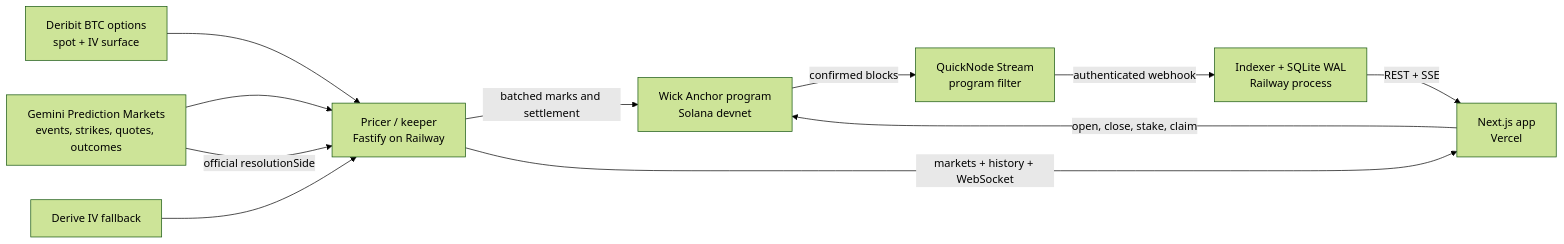
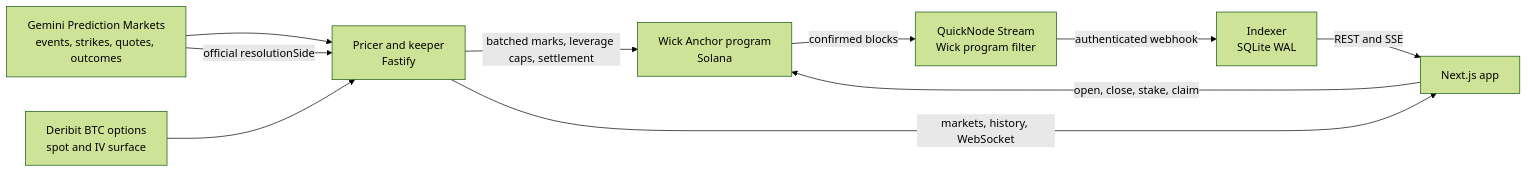
The diagram in README.md (alycz/wick), drawn with Mermaid (forest theme) before and after one commit. The commit also changed other lines of this file and 9 other files, not shown here.

````diff
--- a/README.md
+++ b/README.md
@@ -39,13 +47,12 @@
 ```mermaid
 flowchart LR
-  Gemini[Gemini Prediction Markets<br/>events, strikes, quotes, outcomes] --> Pricer[Pricer / keeper<br/>Fastify on Railway]
-  Deribit[Deribit BTC options<br/>spot + IV surface] --> Pricer
-  Derive[Derive IV fallback] --> Pricer
-  Pricer -->|batched marks and settlement| Program[Wick Anchor program<br/>Solana devnet]
-  App[Next.js app<br/>Vercel] -->|open, close, stake, claim| Program
-  Program -->|confirmed blocks| Streams[QuickNode Stream<br/>program filter]
-  Streams -->|authenticated webhook| Indexer[Indexer + SQLite WAL<br/>Railway process]
-  Indexer -->|REST + SSE| App
-  Pricer -->|markets + history + WebSocket| App
+  Gemini[Gemini Prediction Markets<br/>events, strikes, quotes, outcomes] --> Pricer[Pricer and keeper<br/>Fastify]
+  Deribit[Deribit BTC options<br/>spot and IV surface] --> Pricer
+  Pricer -->|batched marks, leverage caps, settlement| Program[Wick Anchor program<br/>Solana]
+  App[Next.js app] -->|open, close, stake, claim| Program
+  Program -->|confirmed blocks| Streams[QuickNode Stream<br/>Wick program filter]
+  Streams -->|authenticated webhook| Indexer[Indexer<br/>SQLite WAL]
+  Indexer -->|REST and SSE| App
+  Pricer -->|markets, history, WebSocket| App
   Gemini -->|official resolutionSide| Pricer
 ```
````
